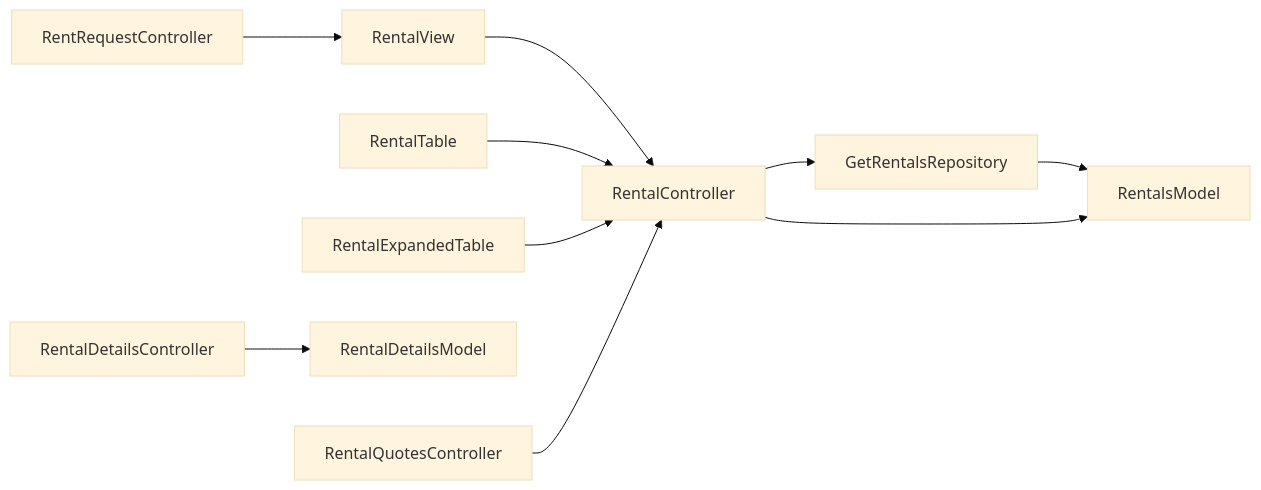
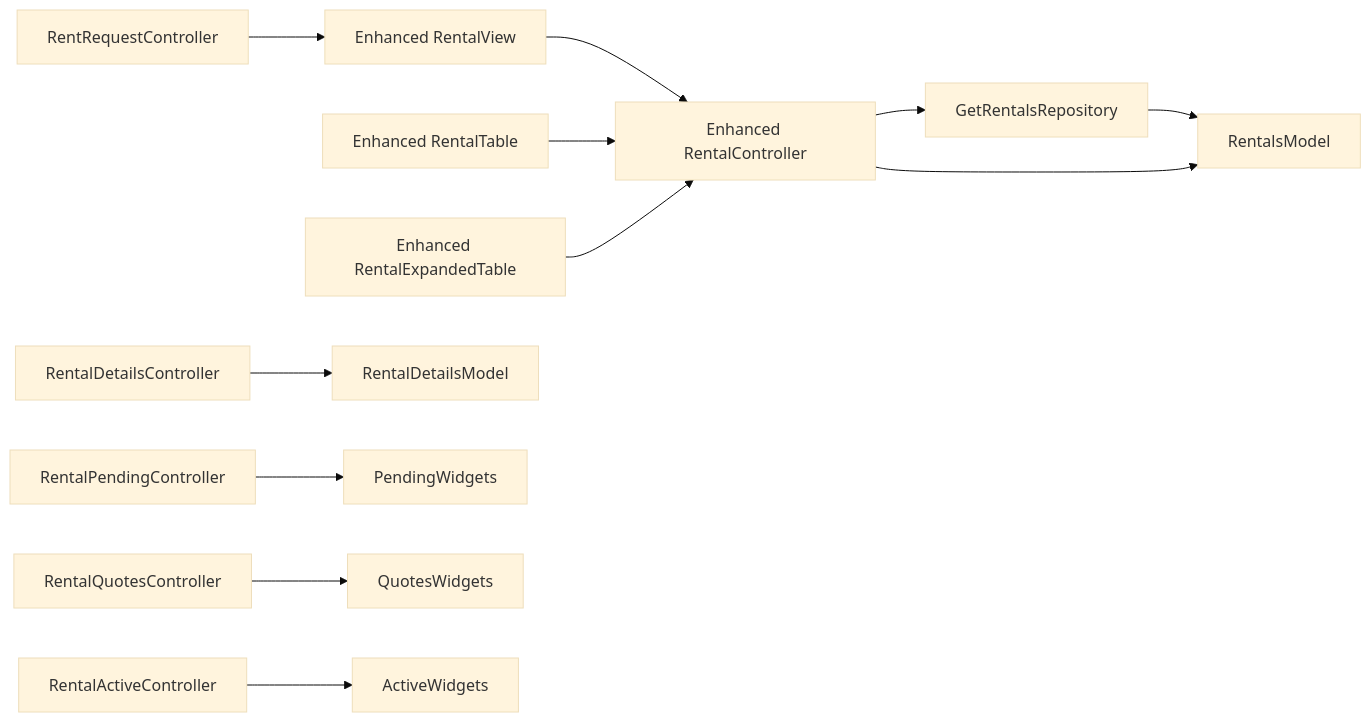
One commit to Ariful3111/FurniGo changed the eighth of 8 diagrams in .qoder/repowiki/en/content/Business Operations/Rental System.md. Above: the diagram before and after it, drawn with Mermaid (base theme). The commit also changed other lines of this file and 9 other files, not shown here.

````diff
--- a/.qoder/repowiki/en/content/Business Operations/Rental System.md
+++ b/.qoder/repowiki/en/content/Business Operations/Rental System.md
@@ -423,12 +418,14 @@
 ```mermaid
 graph LR
-RC["RentalController"] --> GRR["GetRentalsRepository"]
+RC["Enhanced RentalController"] --> GRR["GetRentalsRepository"]
 GRR --> RM["RentalsModel"]
 RC --> RM
-RV["RentalView"] --> RC
-RT["RentalTable"] --> RC
-RET["RentalExpandedTable"] --> RC
+RV["Enhanced RentalView"] --> RC
+RT["Enhanced RentalTable"] --> RC
+RET["Enhanced RentalExpandedTable"] --> RC
 RDC["RentalDetailsController"] --> RDM["RentalDetailsModel"]
-RQC["RentalQuotesController"] --> RC
+RPC["RentalPendingController"] --> RPW["PendingWidgets"]
+RQC["RentalQuotesController"] --> RQW["QuotesWidgets"]
+RAC["RentalActiveController"] --> RAW["ActiveWidgets"]
 RRC["RentRequestController"] --> RV
 ```
````
